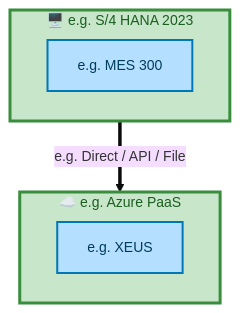
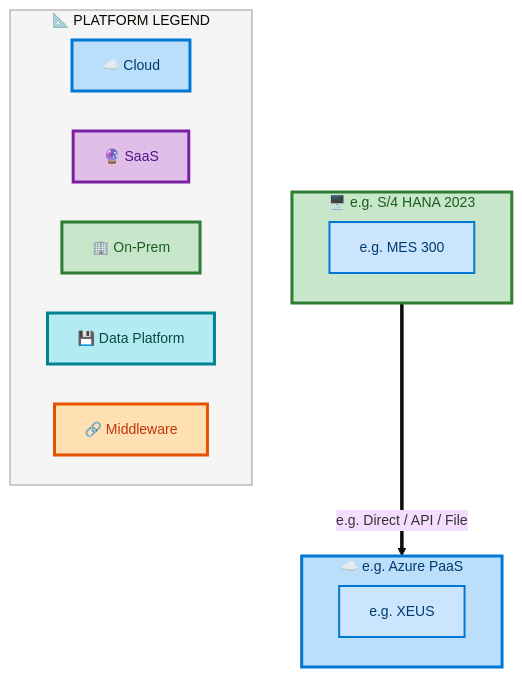
One commit to sajivfrancis777/IAO-Architecture changed the seventh of 7 diagrams in towers/E2E/Procure to Pay/E2E-96/output/docs/systems-architecture/E2E-96-Architecture.md. Above: the diagram before and after it, drawn with Mermaid. The commit also changed other lines of this file and 394 other files, not shown here.

First line of the commit message:
feat: structured layer ordering for Mermaid architecture diagrams

````diff
--- a/towers/E2E/Procure to Pay/E2E-96/output/docs/systems-architecture/E2E-96-Architecture.md
+++ b/towers/E2E/Procure to Pay/E2E-96/output/docs/systems-architecture/E2E-96-Architecture.md
@@ -601,22 +634,36 @@
 ```mermaid
 %%{init: {"theme": "base", "securityLevel": "loose", "themeVariables": {"fontSize": "14px", "fontFamily": "Segoe UI, Arial"}, "flowchart": {"useMaxWidth": false, "htmlLabels": true, "nodeSpacing": 40, "rankSpacing": 50}} }%%
 flowchart TB
-    classDef appBox fill:#B5DFFF,stroke:#0077B6,stroke-width:2px,color:#003D5B
-    classDef platBox fill:#C8E6C9,stroke:#388E3C,stroke-width:3px,color:#1B5E20
-    classDef eolBox fill:#FFB5B5,stroke:#CC0000,stroke-width:2px,color:#660000
+    classDef appBox fill:#CCE5FF,stroke:#0078D4,stroke-width:2px,color:#003A6C
+    classDef platBox fill:#C8E6C9,stroke:#2E7D32,stroke-width:3px,color:#1B5E20
+    classDef eolBox fill:#FFCDD2,stroke:#C62828,stroke-width:2px,color:#B71C1C
 
     subgraph E2E96FPLP_e_g_Azure_PaaS["☁️ e.g. Azure PaaS"]
         direction LR
         E2E96FPLA_e_g_XEUS["e.g. XEUS"]:::appBox
     end
-    style E2E96FPLP_e_g_Azure_PaaS fill:#C8E6C9,stroke:#388E3C,stroke-width:3px,color:#1B5E20
+    style E2E96FPLP_e_g_Azure_PaaS fill:#BBDEFB,stroke:#0078D4,stroke-width:3px,color:#003A6C
 
     subgraph E2E96FPLP_e_g_S_4_HANA_2023["🖥️ e.g. S/4 HANA 2023"]
         direction LR
         E2E96FPLA_e_g_MES_300["e.g. MES 300"]:::appBox
     end
-    style E2E96FPLP_e_g_S_4_HANA_2023 fill:#C8E6C9,stroke:#388E3C,stroke-width:3px,color:#1B5E20
+    style E2E96FPLP_e_g_S_4_HANA_2023 fill:#C8E6C9,stroke:#2E7D32,stroke-width:3px,color:#1B5E20
 
     E2E96FPLP_e_g_S_4_HANA_2023 ==>|"e.g. Direct / API / File"| E2E96FPLP_e_g_Azure_PaaS
 
+    subgraph E2E96FPLLegend["📐 PLATFORM LEGEND"]
+        direction LR
+        E2E96FPLLC["☁️ Cloud"]
+        E2E96FPLLS["🔮 SaaS"]
+        E2E96FPLLO["🏢 On-Prem"]
+        E2E96FPLLD["💾 Data Platform"]
+        E2E96FPLLM["🔗 Middleware"]
+    end
+    style E2E96FPLLegend fill:#F5F5F5,stroke:#999,stroke-width:1px
+    style E2E96FPLLC fill:#BBDEFB,stroke:#0078D4,stroke-width:3px,color:#003A6C
+    style E2E96FPLLS fill:#E1BEE7,stroke:#7B1FA2,stroke-width:3px,color:#4A148C
+    style E2E96FPLLO fill:#C8E6C9,stroke:#2E7D32,stroke-width:3px,color:#1B5E20
+    style E2E96FPLLD fill:#B2EBF2,stroke:#00838F,stroke-width:3px,color:#004D40
+    style E2E96FPLLM fill:#FFE0B2,stroke:#E65100,stroke-width:3px,color:#BF360C
 ```
````
